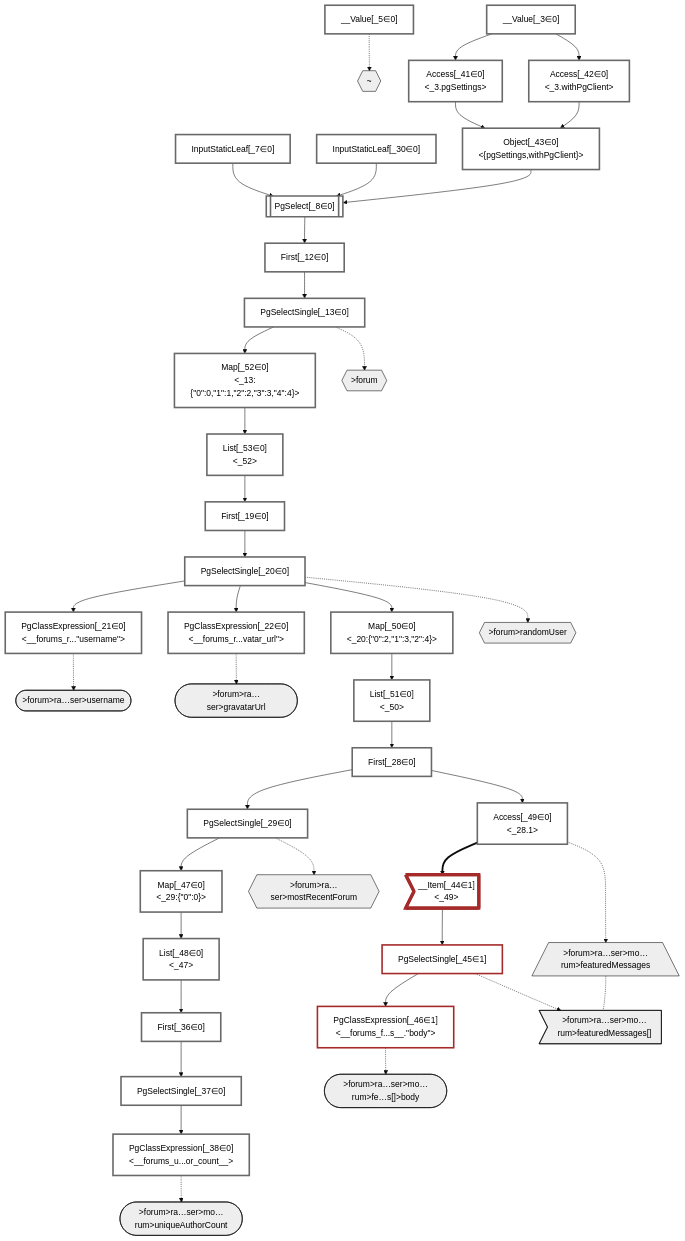
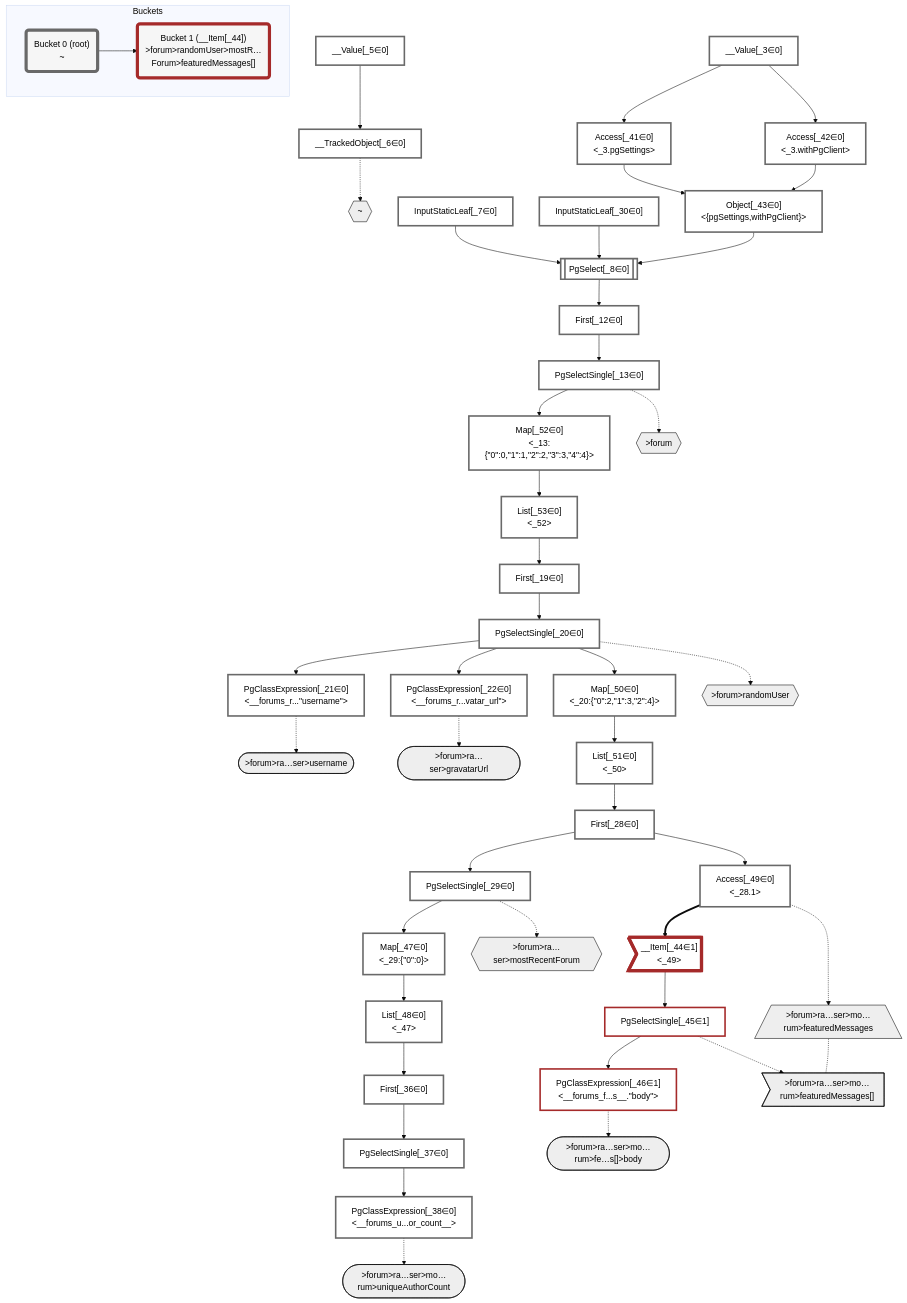
Before and after one commit to graphile/crystal: the diagram in packages/dataplan-pg/__tests__/queries/functions/computed-column-combined.mermaid.md, drawn with Mermaid (base theme). The commit also changed 195 other files, not shown here.

````diff
--- a/packages/dataplan-pg/__tests__/queries/functions/computed-column-combined.mermaid.md
+++ b/packages/dataplan-pg/__tests__/queries/functions/computed-column-combined.mermaid.md
@@ -4,6 +4,7 @@
     classDef plan fill:#fff,stroke-width:3px,color:#000
     classDef itemplan fill:#fff,stroke-width:6px,color:#000
     classDef sideeffectplan fill:#f00,stroke-width:6px,color:#000
+    classDef bucket fill:#f6f6f6,color:#000,stroke-width:6px
 
     %% subgraph fields
     P1{{"~"}}:::path
@@ -30,6 +31,7 @@
     %% define plans
     __Value_3["__Value[_3∈0]<br /><context>"]:::plan
     __Value_5["__Value[_5∈0]<br /><rootValue>"]:::plan
+    __TrackedObject_6["__TrackedObject[_6∈0]"]:::plan
     InputStaticLeaf_7["InputStaticLeaf[_7∈0]"]:::plan
     PgSelect_8[["PgSelect[_8∈0]<br /><forums>"]]:::plan
     First_12["First[_12∈0]"]:::plan
@@ -59,6 +61,7 @@
     List_53["List[_53∈0]<br /><_52>"]:::plan
 
     %% plan dependencies
+    __Value_5 --> __TrackedObject_6
     Object_43 --> PgSelect_8
     InputStaticLeaf_7 --> PgSelect_8
     InputStaticLeaf_30 --> PgSelect_8
@@ -89,7 +92,7 @@
     Map_52 --> List_53
 
     %% plan-to-path relationships
-    __Value_5 -.-> P1
+    __TrackedObject_6 -.-> P1
     PgSelectSingle_13 -.-> P2
     PgSelectSingle_20 -.-> P3
     PgClassExpression_21 -.-> P4
@@ -102,7 +105,15 @@
 
     %% allocate buckets
     classDef bucket0 stroke:#696969
-    class __Value_3,__Value_5,InputStaticLeaf_7,PgSelect_8,First_12,PgSelectSingle_13,First_19,PgSelectSingle_20,PgClassExpression_21,PgClassExpression_22,First_28,PgSelectSingle_29,InputStaticLeaf_30,First_36,PgSelectSingle_37,PgClassExpression_38,Access_41,Access_42,Object_43,Map_47,List_48,Access_49,Map_50,List_51,Map_52,List_53 bucket0
+    class __Value_3,__Value_5,__TrackedObject_6,InputStaticLeaf_7,PgSelect_8,First_12,PgSelectSingle_13,First_19,PgSelectSingle_20,PgClassExpression_21,PgClassExpression_22,First_28,PgSelectSingle_29,InputStaticLeaf_30,First_36,PgSelectSingle_37,PgClassExpression_38,Access_41,Access_42,Object_43,Map_47,List_48,Access_49,Map_50,List_51,Map_52,List_53 bucket0
     classDef bucket1 stroke:#a52a2a
     class __Item_44,PgSelectSingle_45,PgClassExpression_46 bucket1
+
+    subgraph Buckets
+    Bucket0("Bucket 0 (root)<br />~"):::bucket
+    style Bucket0 stroke:#696969
+    Bucket1("Bucket 1 (__Item[_44])<br />>forum>randomUser>mostR…Forum>featuredMessages[]"):::bucket
+    style Bucket1 stroke:#a52a2a
+    Bucket0 --> Bucket1
+    end
 ```
````
